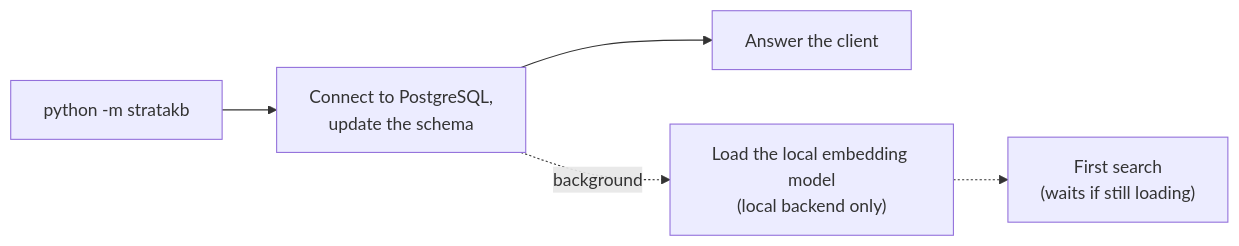
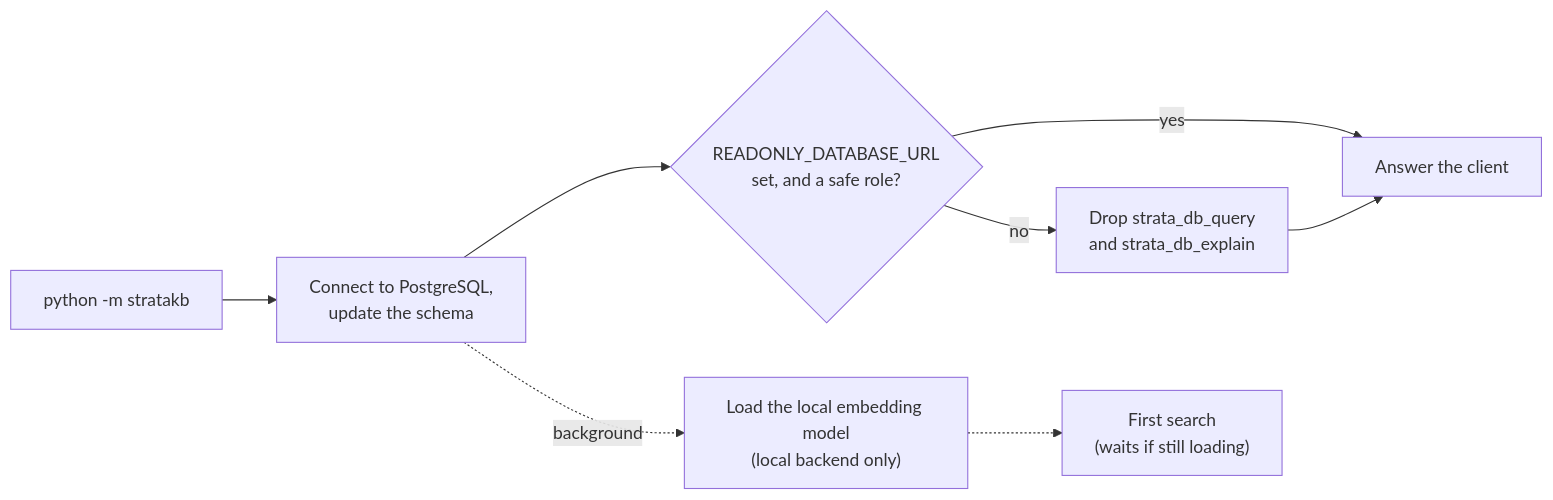
One commit to boudou/StrataKB changed the second of 7 diagrams in README.md. Above: the diagram before and after it, drawn with Mermaid. The commit also changed other lines of this file and 7 other files, not shown here.

````diff
--- a/README.md
+++ b/README.md
@@ -46,5 +46,7 @@
 ```mermaid
 flowchart LR
-    start["python -m stratakb"] --> db["Connect to PostgreSQL,<br/>update the schema"] --> ready["Answer the client"]
+    start["python -m stratakb"] --> db["Connect to PostgreSQL,<br/>update the schema"] --> ro{"READONLY_DATABASE_URL<br/>set, and a safe role?"}
+    ro -->|"yes"| ready["Answer the client"]
+    ro -->|"no"| off["Drop strata_db_query<br/>and strata_db_explain"] --> ready
     db -.->|"background"| m["Load the local embedding model<br/>(local backend only)"] -.-> s["First search<br/>(waits if still loading)"]
 ```
````
